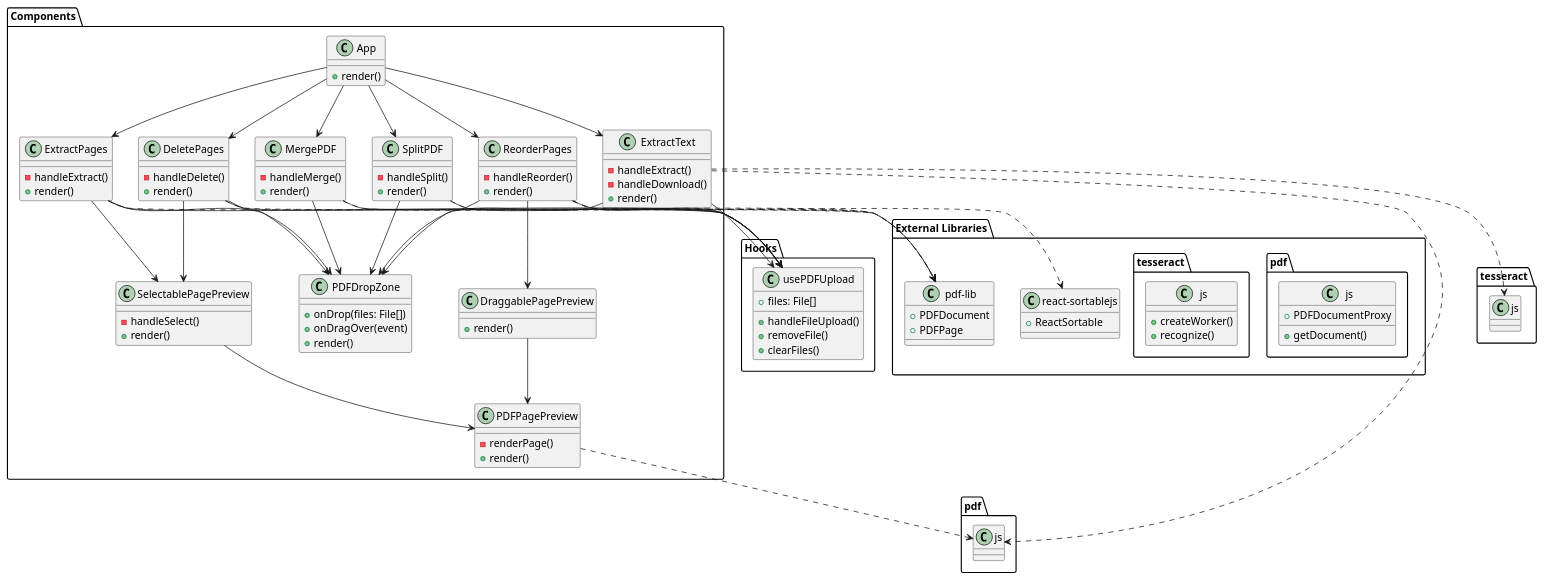
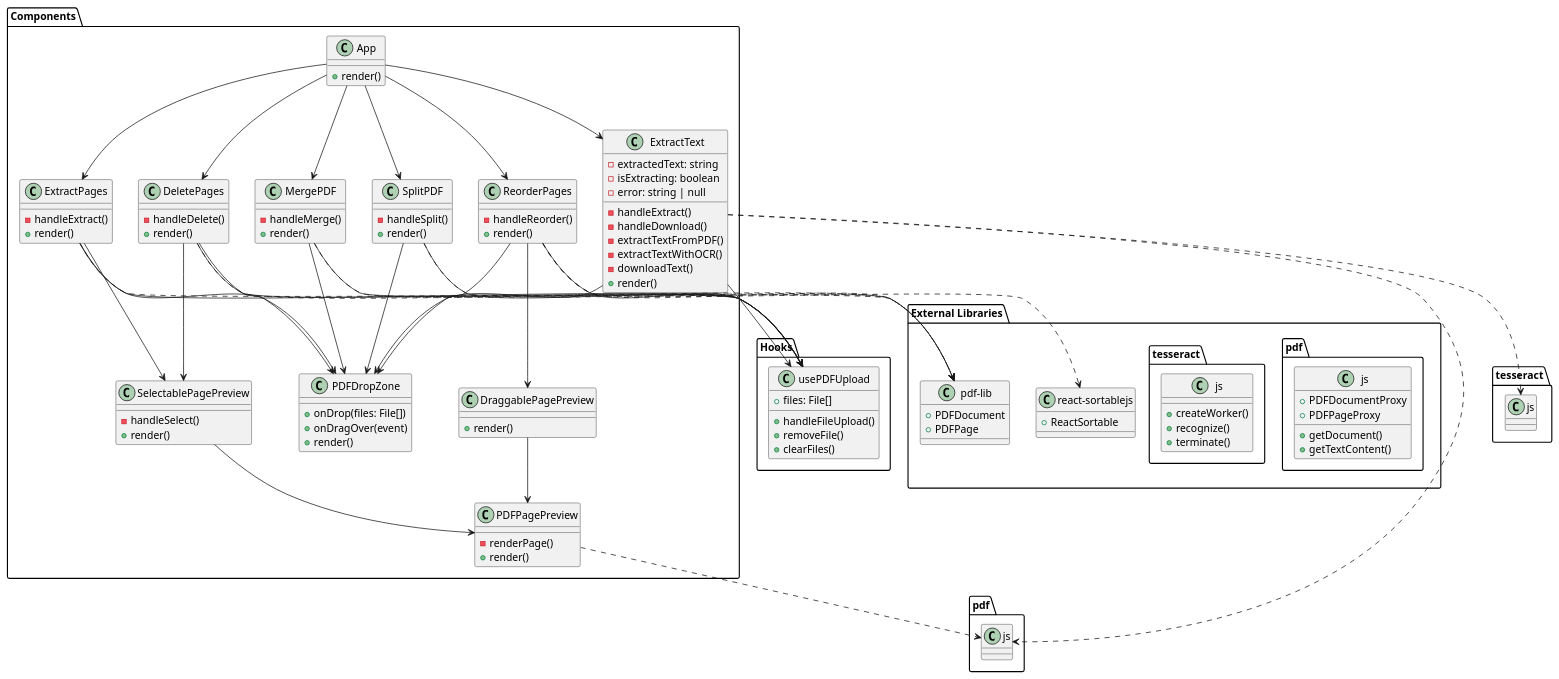
The diagram in materials/class_diagram.puml (Simpwell/pdfcomposer), drawn with PlantUML before and after one commit.

Commit message:
Update class diagram with detailed text extraction implementation

```diff
--- a/materials/class_diagram.puml
+++ b/materials/class_diagram.puml
@@ -1,129 +1,138 @@
 @startuml
 
 package "Components" {
   class App {
     +render()
   }
 
   class PDFDropZone {
     +onDrop(files: File[])
     +onDragOver(event)
     +render()
   }
 
   class MergePDF {
     -handleMerge()
     +render()
   }
 
   class ReorderPages {
     -handleReorder()
     +render()
   }
 
   class DeletePages {
     -handleDelete()
     +render()
   }
 
   class ExtractPages {
     -handleExtract()
     +render()
   }
 
   class SplitPDF {
     -handleSplit()
     +render()
   }
 
   class ExtractText {
+    -extractedText: string
+    -isExtracting: boolean
+    -error: string | null
     -handleExtract()
     -handleDownload()
+    -extractTextFromPDF()
+    -extractTextWithOCR()
+    -downloadText()
     +render()
   }
 
   class PDFPagePreview {
     -renderPage()
     +render()
   }
 
   class DraggablePagePreview {
     +render()
   }
 
   class SelectablePagePreview {
     -handleSelect()
     +render()
   }
 }
 
 package "Hooks" {
   class usePDFUpload {
     +files: File[]
     +handleFileUpload()
     +removeFile()
     +clearFiles()
   }
 }
 
 package "External Libraries" {
   class "pdf-lib" {
     +PDFDocument
     +PDFPage
   }
 
   class "pdf.js" {
     +getDocument()
     +PDFDocumentProxy
+    +PDFPageProxy
+    +getTextContent()
   }
 
   class "react-sortablejs" {
     +ReactSortable
   }
 
   class "tesseract.js" {
     +createWorker()
     +recognize()
+    +terminate()
   }
 }
 
 App --> MergePDF
 App --> ReorderPages
 App --> DeletePages
 App --> ExtractPages
 App --> SplitPDF
 App --> ExtractText
 
 MergePDF --> PDFDropZone
 ReorderPages --> PDFDropZone
 DeletePages --> PDFDropZone
 ExtractPages --> PDFDropZone
 SplitPDF --> PDFDropZone
 ExtractText --> PDFDropZone
 
 ReorderPages --> DraggablePagePreview
 DeletePages --> SelectablePagePreview
 ExtractPages --> SelectablePagePreview
 
 DraggablePagePreview --> PDFPagePreview
 SelectablePagePreview --> PDFPagePreview
 
 MergePDF ..> "pdf-lib"
 ReorderPages ..> "pdf-lib"
 DeletePages ..> "pdf-lib"
 ExtractPages ..> "pdf-lib"
 SplitPDF ..> "pdf-lib"
 ExtractText ..> "pdf.js"
 ExtractText ..> "tesseract.js"
 
 PDFPagePreview ..> "pdf.js"
 ReorderPages ..> "react-sortablejs"
 
 MergePDF --> usePDFUpload
 ReorderPages --> usePDFUpload
 DeletePages --> usePDFUpload
 ExtractPages --> usePDFUpload
 SplitPDF --> usePDFUpload
 ExtractText --> usePDFUpload
 
 @enduml 
```
